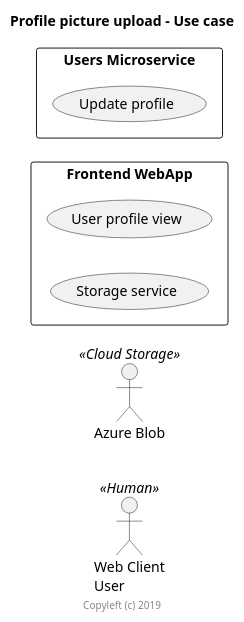
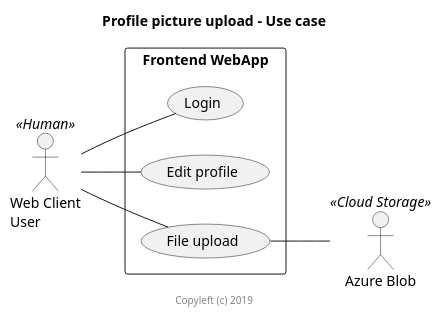
The diagram in use-case.puml (almartin1911/uml-continuous-documentation), drawn with PlantUML before and after one commit.

Commit message:
Fix use case order

```diff
--- a/use-case.puml
+++ b/use-case.puml
@@ -1,23 +1,25 @@
 @startuml Profile picture upload - Use case
 skinparam TitleFontStyle bold
 
 left to right direction
 skinparam PackageStyle rect
 skinparam TitleFontStyle bold
 
 actor :Web Client\nUser: as user <<Human>>
 actor :Azure Blob: as azblob <<Cloud Storage>>
 
+
 title Profile picture upload - Use case
 
 rectangle "Frontend WebApp" {
-    (User profile view)
-    (Storage service)    
-}
-
-rectangle "Users Microservice" {
-    (Update profile)
+    usecase (Login) as uc1
+    usecase (Edit profile) as uc2
+    usecase (File upload) as uc3
+    user -- uc1
+    user -- uc2
+    user -- uc3
+    uc3 -- azblob
 }
 
 center footer Copyleft (c) 2019
 @enduml
```
